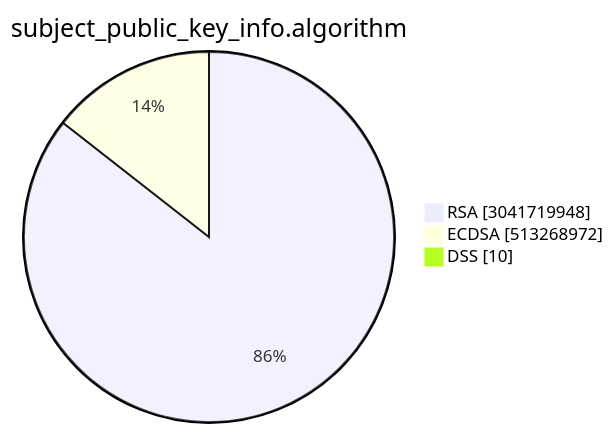
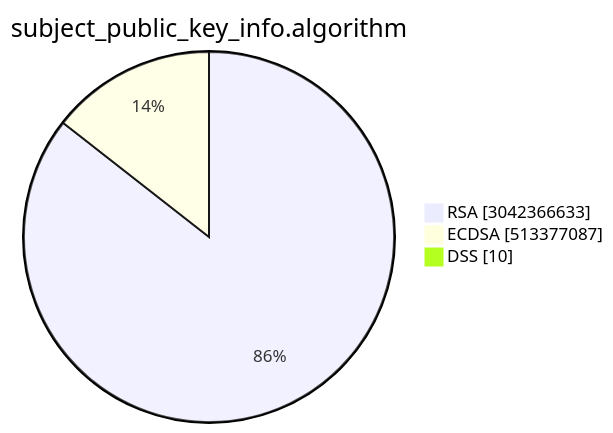
Before and after one commit to christiankrug/ctmonitor_visualization: the second of 15 diagrams in TOTAL/README.md, drawn with Mermaid. The commit also changed other lines of this file, not shown here.

````diff
--- a/TOTAL/README.md
+++ b/TOTAL/README.md
@@ -6,7 +6,7 @@
 ```mermaid
 pie showData
 title subject_public_key_info.algorithm
-"RSA" :3041719948
-"ECDSA" :513268972
+"RSA" :3042366633
+"ECDSA" :513377087
 "DSS" :10
 ```
````
